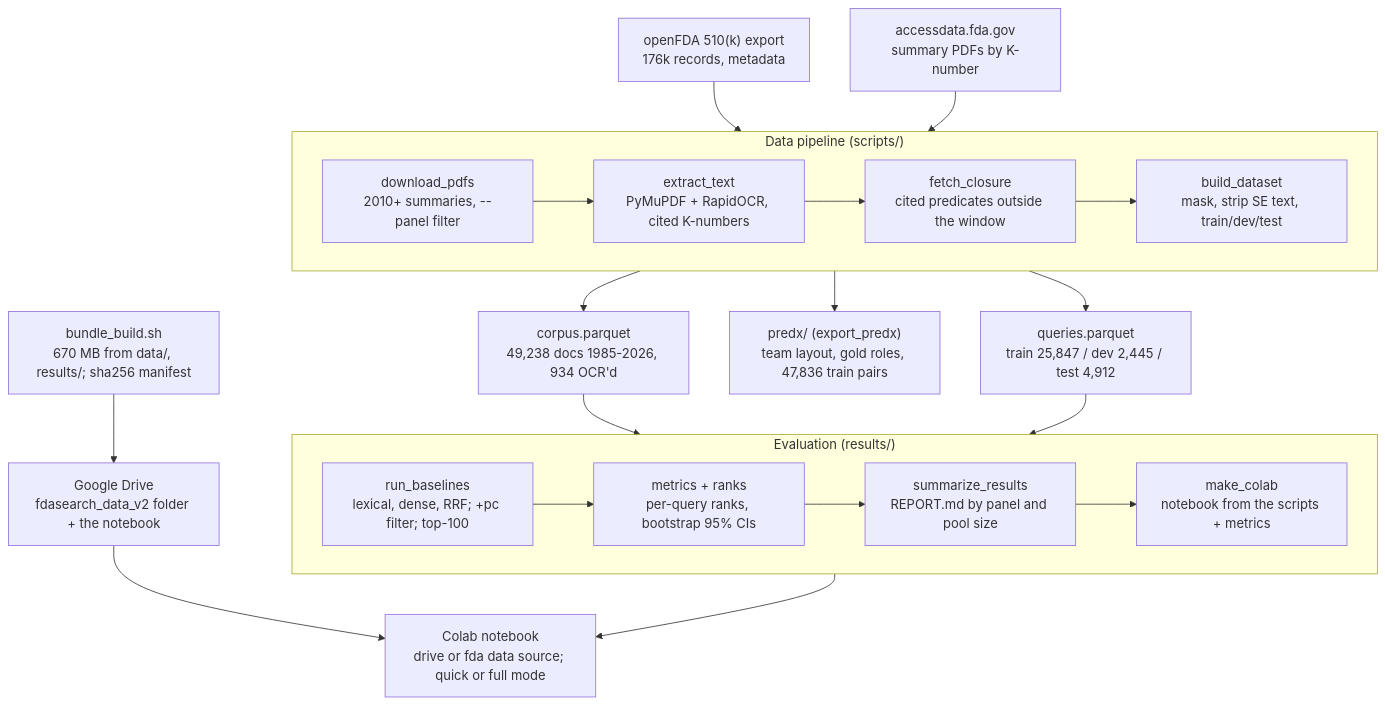
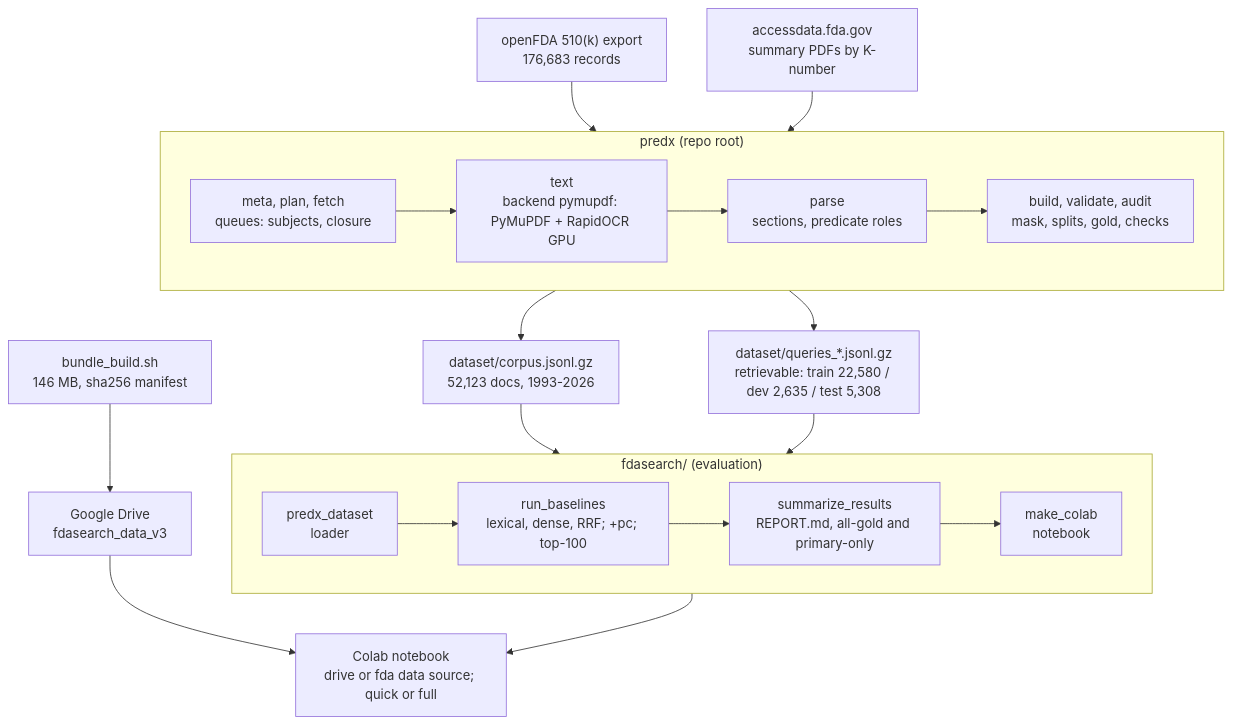
Before and after one commit to keyvanazami/predicate-data-pipeline: the diagram in fdasearch/DESIGN.md, drawn with Mermaid. The commit also changed other lines of this file and 28 other files, not shown here.

First line of the commit message:
Run the fdasearch baselines on the predx build; add a GPU text backend

````diff
--- a/fdasearch/DESIGN.md
+++ b/fdasearch/DESIGN.md
@@ -16,22 +18,21 @@
 ```mermaid
 flowchart TB
-    A1["openFDA 510(k) export<br/>176k records, metadata"]
+    A1["openFDA 510(k) export<br/>176,683 records"]
     A2["accessdata.fda.gov<br/>summary PDFs by K-number"]
-    subgraph P["Data pipeline (scripts/)"]
+    subgraph P["predx (repo root)"]
         direction LR
-        B1["download_pdfs<br/>2010+ summaries, --panel filter"] --> B2["extract_text<br/>PyMuPDF + RapidOCR, cited K-numbers"] --> B3["fetch_closure<br/>cited predicates outside the window"] --> B4["build_dataset<br/>mask, strip SE text, train/dev/test"]
+        B1["meta, plan, fetch<br/>queues: subjects, closure"] --> B2["text<br/>backend pymupdf: PyMuPDF + RapidOCR GPU"] --> B3["parse<br/>sections, predicate roles"] --> B4["build, validate, audit<br/>mask, splits, gold, checks"]
     end
     A1 --> B1
     A2 --> B1
-    B4 --> C1["corpus.parquet<br/>49,238 docs 1985-2026, 934 OCR'd"]
-    B4 --> C2["queries.parquet<br/>train 25,847 / dev 2,445 / test 4,912"]
-    B4 --> C3["predx/ (export_predx)<br/>team layout, gold roles, 47,836 train pairs"]
-    subgraph E["Evaluation (results/)"]
+    B4 --> C1["dataset/corpus.jsonl.gz<br/>52,123 docs, 1993-2026"]
+    B4 --> C2["dataset/queries_*.jsonl.gz<br/>retrievable: train 22,580 / dev 2,635 / test 5,308"]
+    subgraph E["fdasearch/ (evaluation)"]
         direction LR
-        D1["run_baselines<br/>lexical, dense, RRF; +pc filter; top-100"] --> D2["metrics + ranks<br/>per-query ranks, bootstrap 95% CIs"] --> D3["summarize_results<br/>REPORT.md by panel and pool size"] --> D4["make_colab<br/>notebook from the scripts + metrics"]
+        D0["predx_dataset<br/>loader"] --> D1["run_baselines<br/>lexical, dense, RRF; +pc; top-100"] --> D2["summarize_results<br/>REPORT.md, all-gold and primary-only"] --> D3["make_colab<br/>notebook"]
     end
-    C1 --> D1
-    C2 --> D1
-    E1["bundle_build.sh<br/>670 MB from data/, results/; sha256 manifest"] --> E2["Google Drive<br/>fdasearch_data_v2 folder + the notebook"] --> E3["Colab notebook<br/>drive or fda data source; quick or full mode"]
-    D4 --> E3
+    C1 --> D0
+    C2 --> D0
+    E1["bundle_build.sh<br/>146 MB, sha256 manifest"] --> E2["Google Drive<br/>fdasearch_data_v3"] --> E3["Colab notebook<br/>drive or fda data source; quick or full"]
+    D3 --> E3
 ```
````
